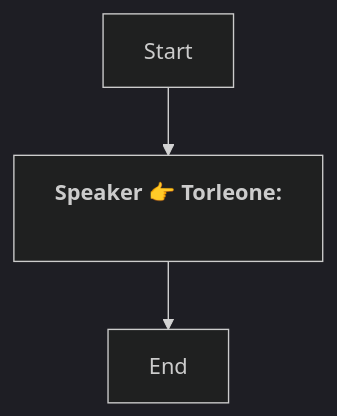
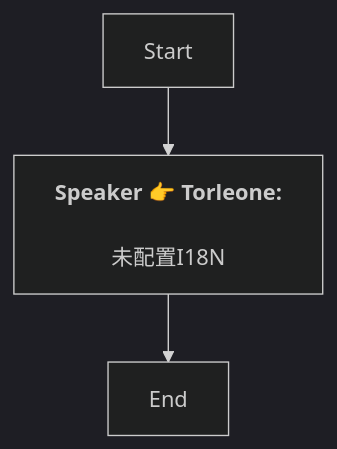
Before and after one commit to SoftHu/tos_avg: the diagram in En/QuestTalkObjectiveNode_1773741043496229.md, drawn with Mermaid (dark theme). The commit also changed 780 other files, not shown here.

````diff
--- a/En/QuestTalkObjectiveNode_1773741043496229.md
+++ b/En/QuestTalkObjectiveNode_1773741043496229.md
@@ -1,7 +1,7 @@
 ```mermaid
 graph
 Start -->1773741050837288[<b>Speaker 👉 Torleone:</b>
-\n]
+\n未配置I18N]
 1773741050837288 -->1773741102785835[End]
 
 ```
````
